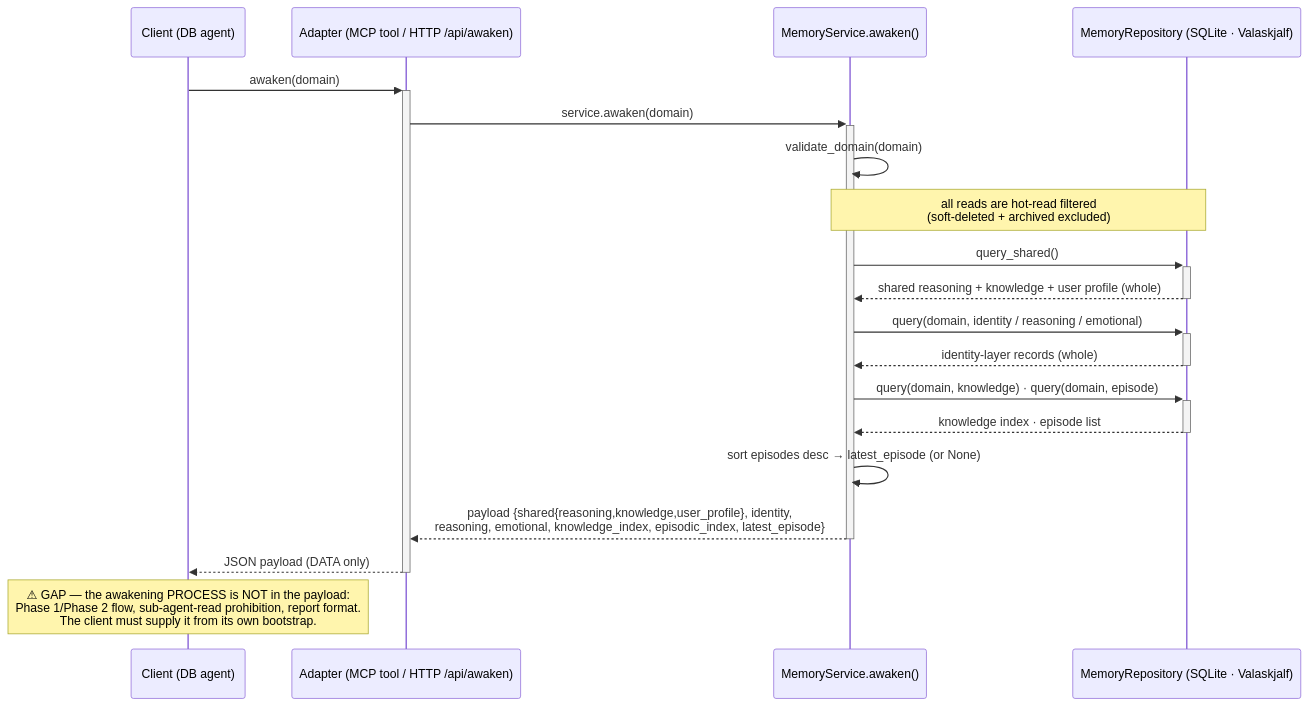
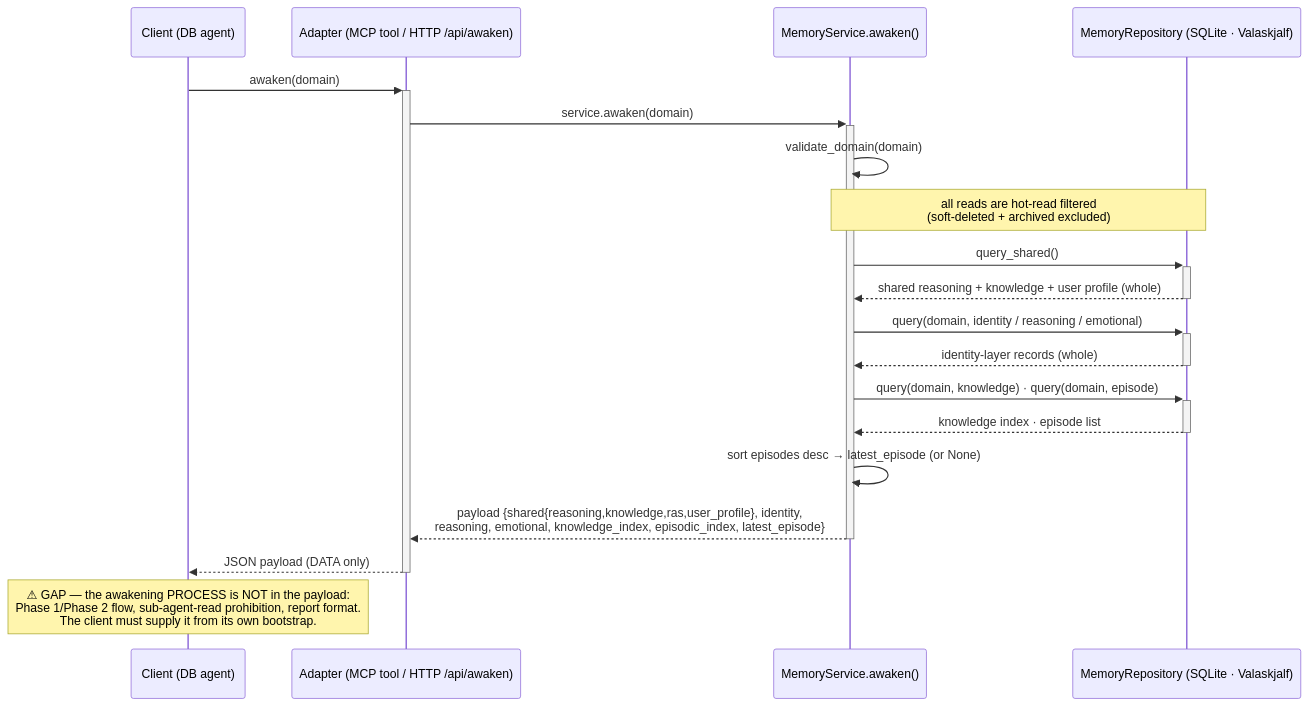
One commit to alvseek/agent-memory-server changed the diagram in docs/flows/awaken-db.md. Above: the diagram before and after it, drawn with Mermaid. The commit also changed other lines of this file and 10 other files, not shown here.

Commit message:
Add a shared ras record type for the universal RAS triggers

````diff
--- a/docs/flows/awaken-db.md
+++ b/docs/flows/awaken-db.md
@@ -16,25 +16,25 @@
 ```mermaid
 sequenceDiagram
     participant C as Client (DB agent)
     participant A as Adapter (MCP tool / HTTP /api/awaken)
     participant S as MemoryService.awaken()
     participant R as MemoryRepository (SQLite · Valaskjalf)
 
     C->>+A: awaken(domain)
     A->>+S: service.awaken(domain)
     S->>S: validate_domain(domain)
 
     Note over S,R: all reads are hot-read filtered<br/>(soft-deleted + archived excluded)
     S->>+R: query_shared()
     R-->>-S: shared reasoning + knowledge + user profile (whole)
     S->>+R: query(domain, identity / reasoning / emotional)
     R-->>-S: identity-layer records (whole)
     S->>+R: query(domain, knowledge) · query(domain, episode)
     R-->>-S: knowledge index · episode list
 
     S->>S: sort episodes desc → latest_episode (or None)
-    S-->>-A: payload {shared{reasoning,knowledge,user_profile}, identity,<br/>reasoning, emotional, knowledge_index, episodic_index, latest_episode}
+    S-->>-A: payload {shared{reasoning,knowledge,ras,user_profile}, identity,<br/>reasoning, emotional, knowledge_index, episodic_index, latest_episode}
     A-->>-C: JSON payload (DATA only)
 
     Note over C: ⚠ GAP — the awakening PROCESS is NOT in the payload:<br/>Phase 1/Phase 2 flow, sub-agent-read prohibition, report format.<br/>The client must supply it from its own bootstrap.
 ```
````
